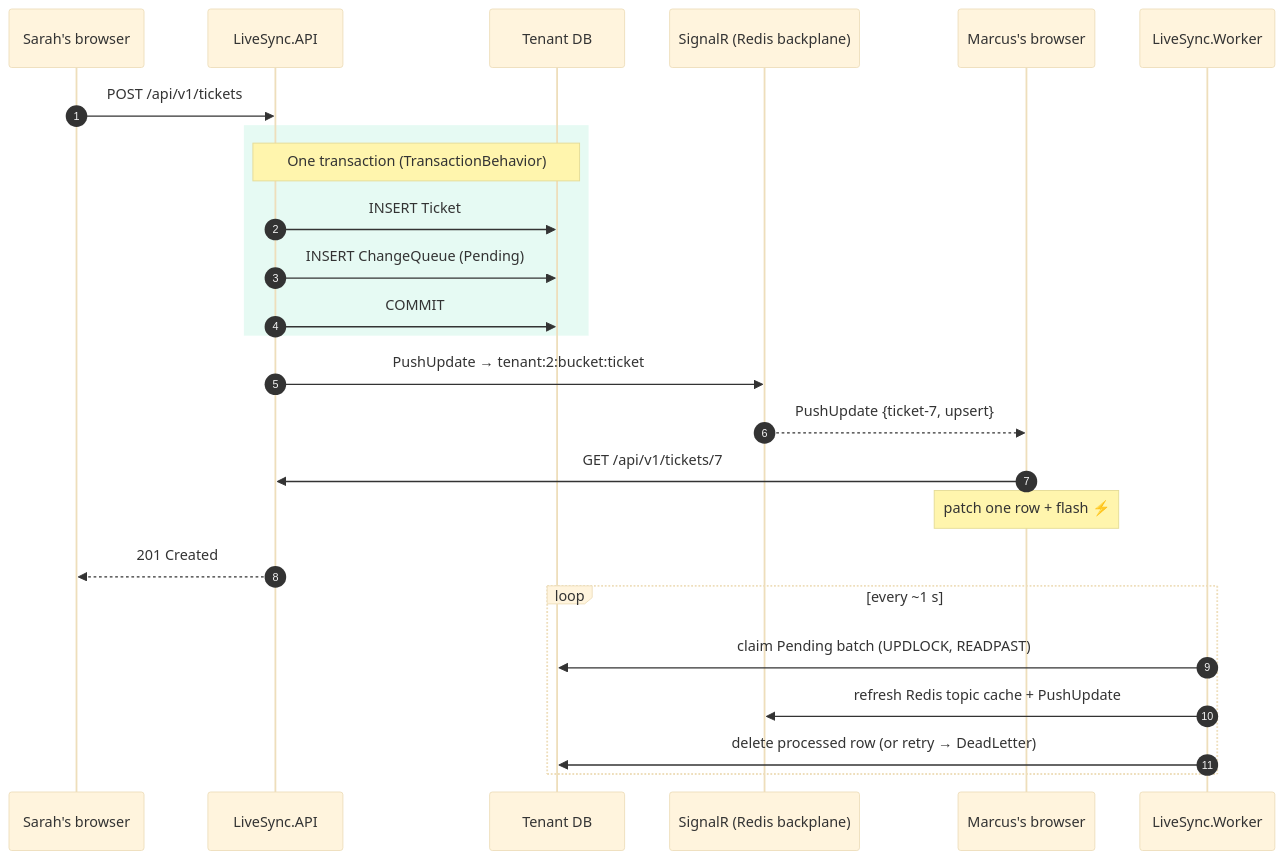
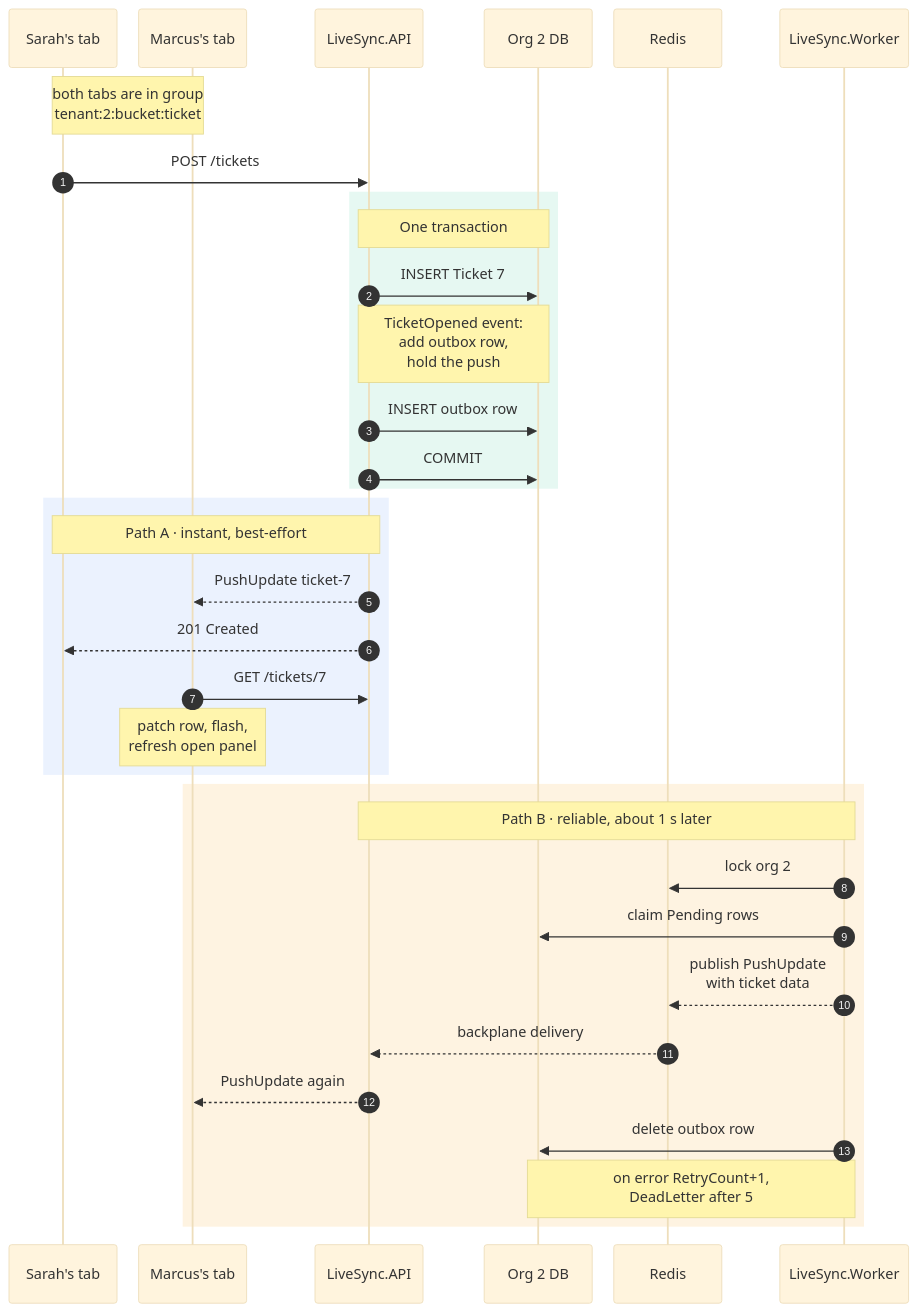
Before and after one commit to ismayilov449/LiveSync: the fourth of 8 diagrams in README.md, drawn with Mermaid (base theme). The commit also changed other lines of this file, not shown here.

First line of the commit message:
Redesign README diagrams for clarity and accuracy

````diff
--- a/README.md
+++ b/README.md
@@ -141,29 +179,42 @@
 ```mermaid
+---
+config:
+  sequence:
+    actorMargin: 24
+    width: 120
+---
 sequenceDiagram
     autonumber
-    participant S as Sarah's browser
+    participant S as Sarah's tab
+    participant M as Marcus's tab
     participant API as LiveSync.API
-    participant DB as Tenant DB
-    participant Hub as SignalR (Redis backplane)
-    participant M as Marcus's browser
+    participant DB as Org 2 DB
+    participant R as Redis
     participant W as LiveSync.Worker
-
-    S->>API: POST /api/v1/tickets
-    rect rgba(52, 211, 153, 0.12)
-        Note over API,DB: One transaction (TransactionBehavior)
-        API->>DB: INSERT Ticket
-        API->>DB: INSERT ChangeQueue (Pending)
+    Note over S,M: both tabs are in group<br/>tenant:2:bucket:ticket
+    S->>API: POST /tickets
+    rect rgba(16,185,129,0.10)
+        Note over API,DB: One transaction
+        API->>DB: INSERT Ticket 7
+        Note over API,DB: TicketOpened event:<br/>add outbox row,<br/>hold the push
+        API->>DB: INSERT outbox row
         API->>DB: COMMIT
     end
-    API->>Hub: PushUpdate → tenant:2:bucket:ticket
-    Hub-->>M: PushUpdate {ticket-7, upsert}
-    M->>API: GET /api/v1/tickets/7
-    Note over M: patch one row + flash ⚡
-    API-->>S: 201 Created
-
-    loop every ~1 s
-        W->>DB: claim Pending batch (UPDLOCK, READPAST)
-        W->>Hub: refresh Redis topic cache + PushUpdate
-        W->>DB: delete processed row (or retry → DeadLetter)
+    rect rgba(59,130,246,0.10)
+        Note over S,API: Path A · instant, best-effort
+        API-->>M: PushUpdate ticket-7
+        API-->>S: 201 Created
+        M->>API: GET /tickets/7
+        Note over M: patch row, flash,<br/>refresh open panel
+    end
+    rect rgba(245,158,11,0.12)
+        Note over API,W: Path B · reliable, about 1 s later
+        W->>R: lock org 2
+        W->>DB: claim Pending rows
+        W-->>R: publish PushUpdate<br/>with ticket data
+        R-->>API: backplane delivery
+        API-->>M: PushUpdate again
+        W->>DB: delete outbox row
+        Note over DB,W: on error RetryCount+1,<br/>DeadLetter after 5
     end
 ```
````
